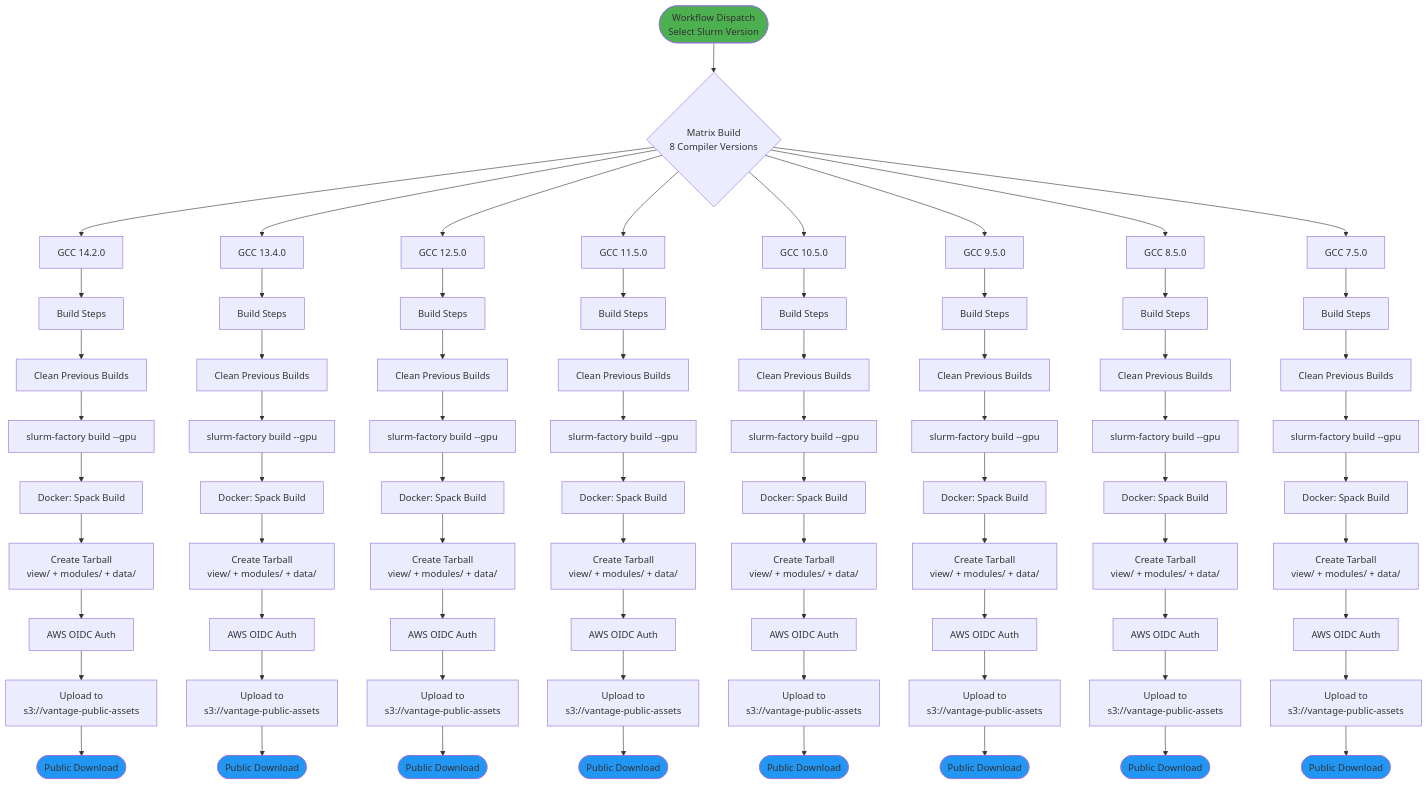
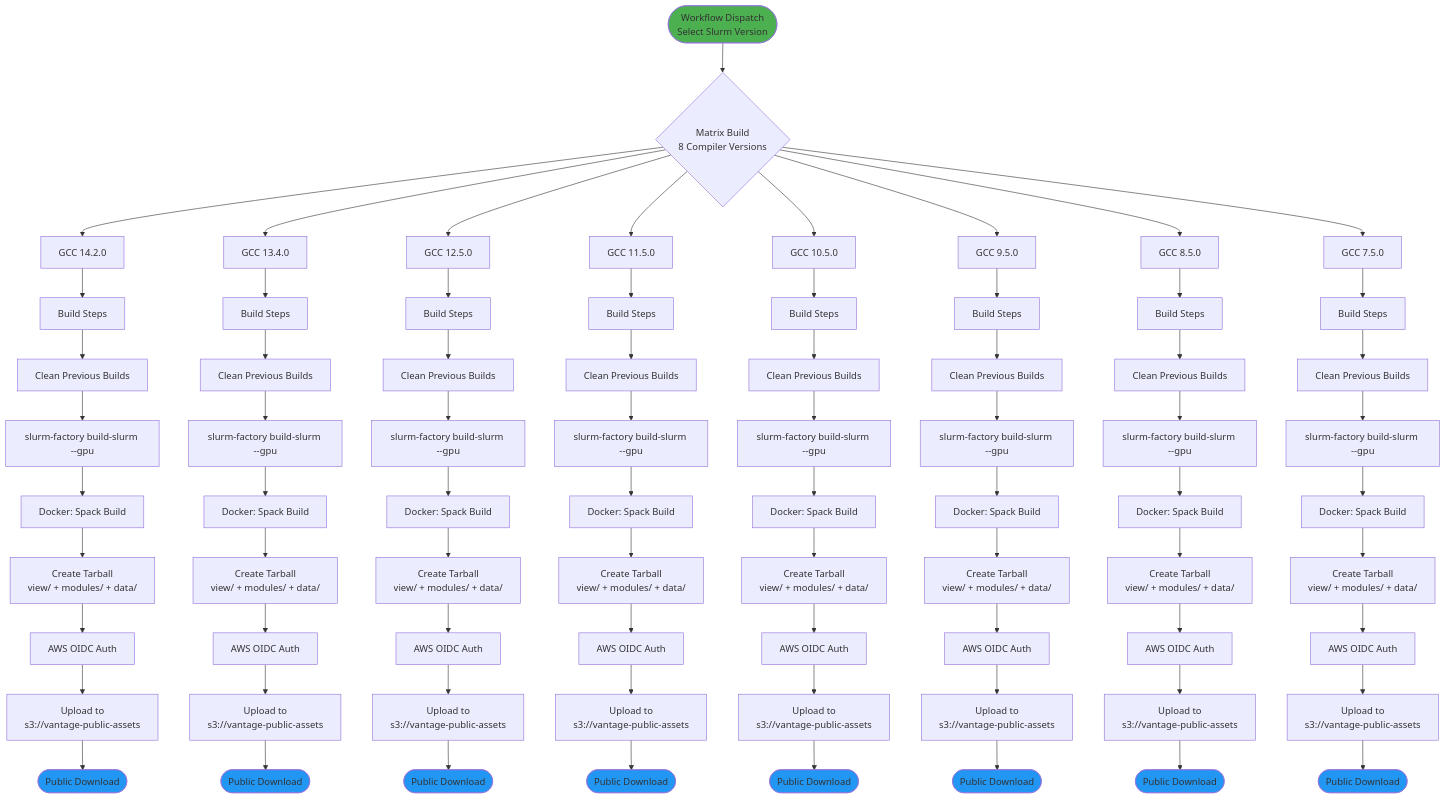
The third of 5 diagrams in docusaurus/docs/github-actions.md (vantagecompute/slurm-factory), drawn with Mermaid before and after one commit. The commit also changed other lines of this file and 61 other files, not shown here.

```diff
--- a/docusaurus/docs/github-actions.md
+++ b/docusaurus/docs/github-actions.md
@@ -332,14 +331,14 @@
     Steps7 --> Clean7[Clean Previous Builds]
     Steps8 --> Clean8[Clean Previous Builds]
     
-    Clean1 --> BuildTar1[slurm-factory build --gpu]
-    Clean2 --> BuildTar2[slurm-factory build --gpu]
-    Clean3 --> BuildTar3[slurm-factory build --gpu]
-    Clean4 --> BuildTar4[slurm-factory build --gpu]
-    Clean5 --> BuildTar5[slurm-factory build --gpu]
-    Clean6 --> BuildTar6[slurm-factory build --gpu]
-    Clean7 --> BuildTar7[slurm-factory build --gpu]
-    Clean8 --> BuildTar8[slurm-factory build --gpu]
+    Clean1 --> BuildTar1[slurm-factory build-slurm --gpu]
+    Clean2 --> BuildTar2[slurm-factory build-slurm --gpu]
+    Clean3 --> BuildTar3[slurm-factory build-slurm --gpu]
+    Clean4 --> BuildTar4[slurm-factory build-slurm --gpu]
+    Clean5 --> BuildTar5[slurm-factory build-slurm --gpu]
+    Clean6 --> BuildTar6[slurm-factory build-slurm --gpu]
+    Clean7 --> BuildTar7[slurm-factory build-slurm --gpu]
+    Clean8 --> BuildTar8[slurm-factory build-slurm --gpu]
     
     BuildTar1 --> Docker1[Docker: Spack Build]
     BuildTar2 --> Docker2[Docker: Spack Build]
```
